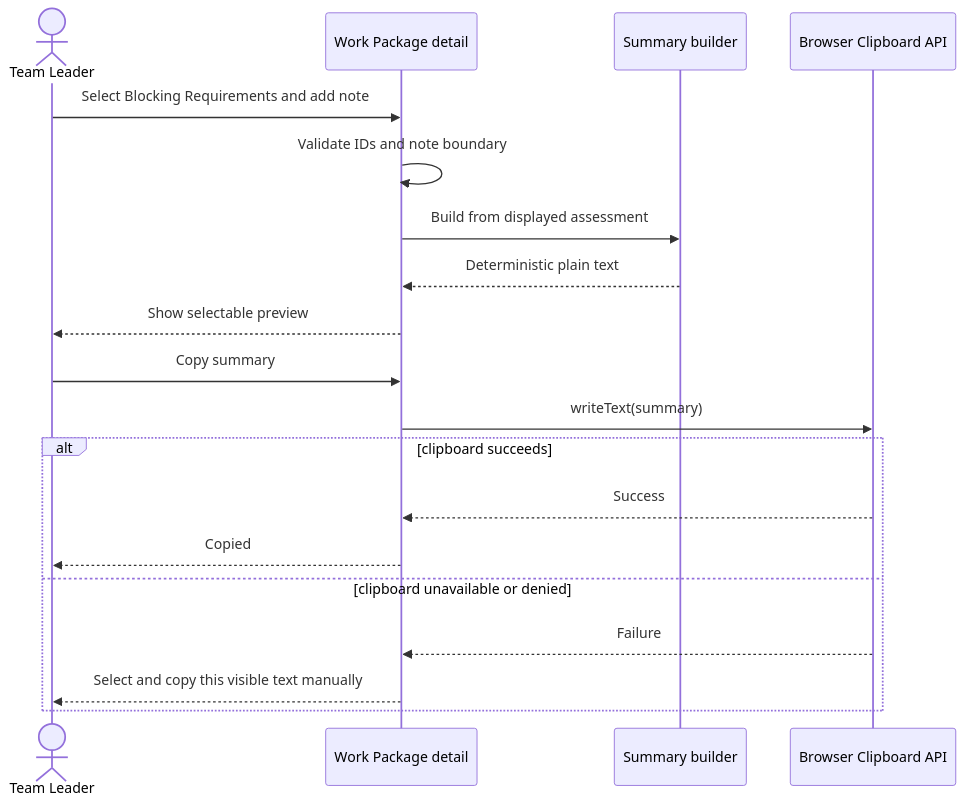
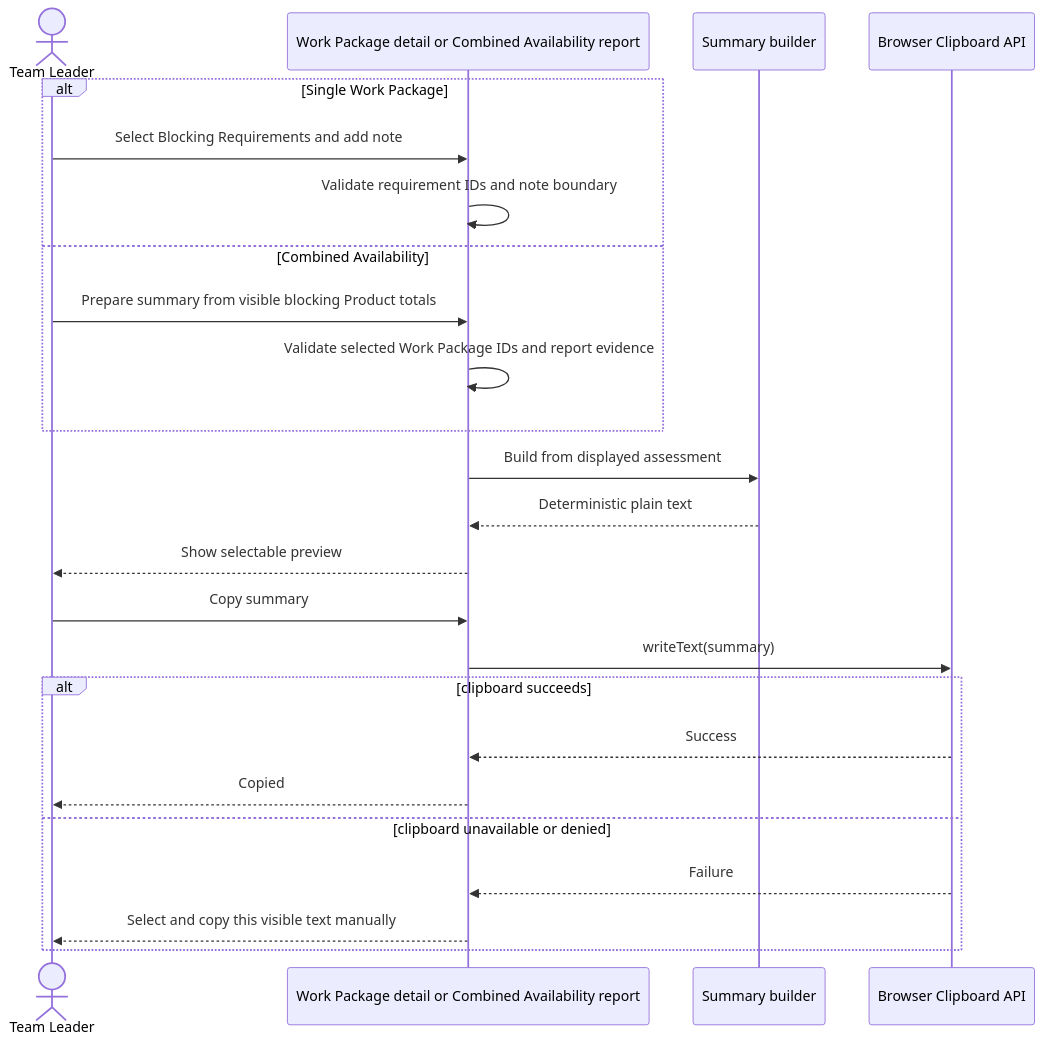
The sixth of 7 diagrams in docs/architecture/overview.md (jiqiang90/qantum-stock), drawn with Mermaid before and after one commit. The commit also changed other lines of this file and 7 other files, not shown here.

````diff
--- a/docs/architecture/overview.md
+++ b/docs/architecture/overview.md
@@ -201,22 +222,27 @@
 ```mermaid
 sequenceDiagram
     actor TL as Team Leader
-    participant UI as Work Package detail
+    participant UI as Work Package detail or Combined Availability report
     participant Builder as Summary builder
     participant Clip as Browser Clipboard API
 
-    TL->>UI: Select Blocking Requirements and add note
-    UI->>UI: Validate IDs and note boundary
+    alt Single Work Package
+        TL->>UI: Select Blocking Requirements and add note
+        UI->>UI: Validate requirement IDs and note boundary
+    else Combined Availability
+        TL->>UI: Prepare summary from visible blocking Product totals
+        UI->>UI: Validate selected Work Package IDs and report evidence
+    end
     UI->>Builder: Build from displayed assessment
     Builder-->>UI: Deterministic plain text
     UI-->>TL: Show selectable preview
     TL->>UI: Copy summary
     UI->>Clip: writeText(summary)
     alt clipboard succeeds
         Clip-->>UI: Success
         UI-->>TL: Copied
     else clipboard unavailable or denied
         Clip-->>UI: Failure
         UI-->>TL: Select and copy this visible text manually
     end
 ```
````
